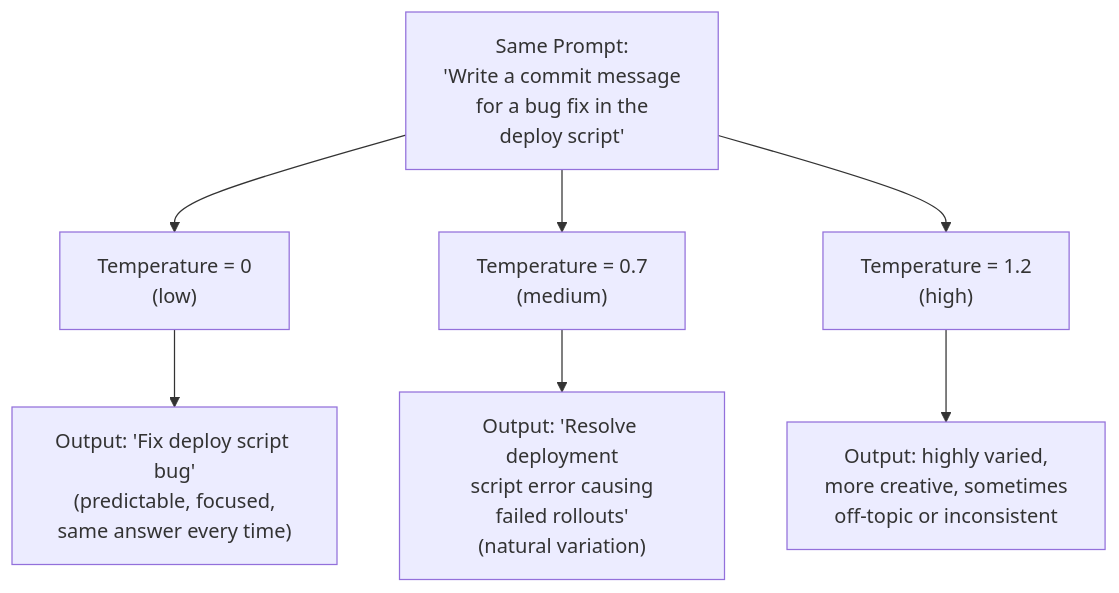
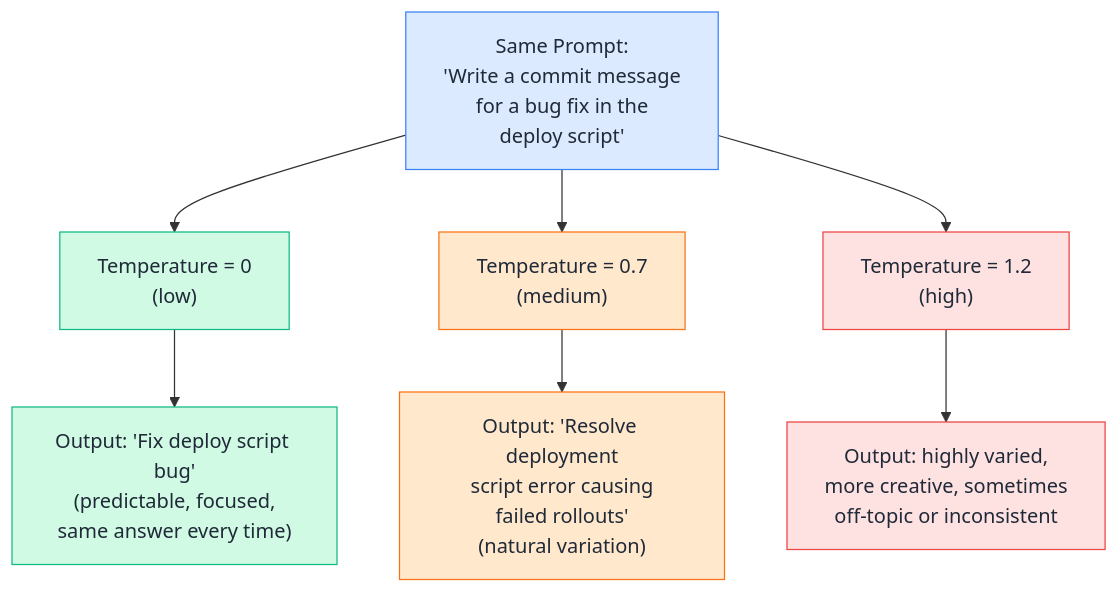
Before and after one commit to saghosh8/AI-For-DevOps: the sixth of 7 diagrams in Week 1 — LLM & GenAI Foundations/Day 2 — How LLMs Work.md, drawn with Mermaid. The commit also changed other lines of this file, not shown here.

````diff
--- a/Week 1 — LLM & GenAI Foundations/Day 2 — How LLMs Work.md
+++ b/Week 1 — LLM & GenAI Foundations/Day 2 — How LLMs Work.md
@@ -111,9 +170,22 @@
 ```mermaid
 flowchart TD
     A["Same Prompt:\n'Write a commit message\nfor a bug fix in the\ndeploy script'"] --> B["Temperature = 0\n(low)"]
     A --> C["Temperature = 0.7\n(medium)"]
     A --> D["Temperature = 1.2\n(high)"]
     B --> E["Output: 'Fix deploy script bug'\n(predictable, focused,\nsame answer every time)"]
     C --> F["Output: 'Resolve deployment\nscript error causing\nfailed rollouts'\n(natural variation)"]
     D --> G["Output: highly varied,\nmore creative, sometimes\noff-topic or inconsistent"]
+
+    classDef blue fill:#DBEAFE,stroke:#3B82F6,color:#1F2937
+    classDef green fill:#D1FAE5,stroke:#10B981,color:#1F2937
+    classDef orange fill:#FFE8CC,stroke:#F97316,color:#1F2937
+    classDef red fill:#FEE2E2,stroke:#EF4444,color:#1F2937
+
+    class A blue
+    class B green
+    class C orange
+    class D red
+    class E green
+    class F orange
+    class G red
 ```
````
